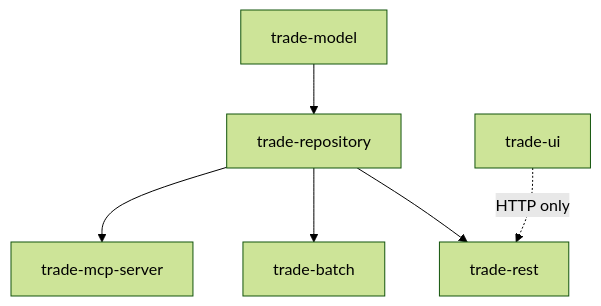
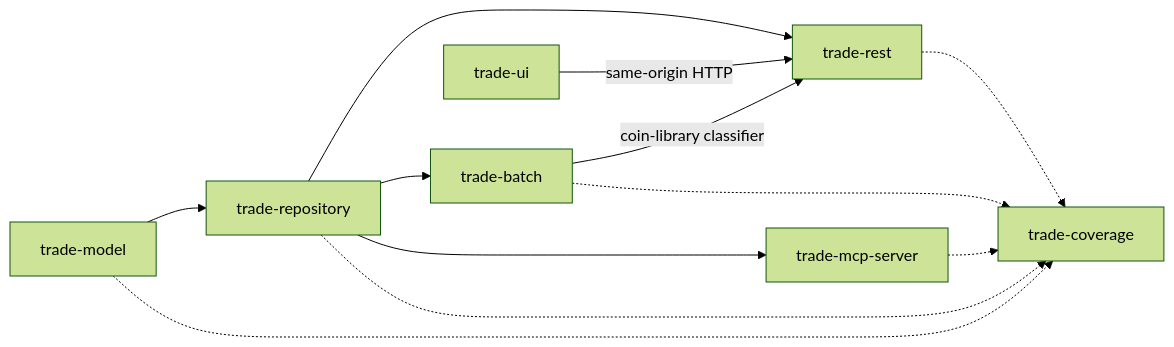
Before and after one commit to abnig/trade-parent-reactor: the diagram in ARCHITECTURE.md, drawn with Mermaid (forest theme). The commit also changed other lines of this file and 18 other files, not shown here.

````diff
--- a/ARCHITECTURE.md
+++ b/ARCHITECTURE.md
@@ -40,8 +8,14 @@
 ```mermaid
-graph TD
-    model[trade-model] --> repository[trade-repository]
-    repository --> rest[trade-rest]
-    repository --> batch[trade-batch]
-    repository --> mcp[trade-mcp-server]
-    ui[trade-ui] -. HTTP only .-> rest
+flowchart LR
+  Model[trade-model] --> Repo[trade-repository]
+  Repo --> REST[trade-rest]
+  Repo --> Batch[trade-batch]
+  Repo --> MCP[trade-mcp-server]
+  Batch -->|coin-library classifier| REST
+  UI[trade-ui] -->|same-origin HTTP| REST
+  Model -.-> Coverage[trade-coverage]
+  Repo -.-> Coverage
+  REST -.-> Coverage
+  Batch -.-> Coverage
+  MCP -.-> Coverage
 ```
````
